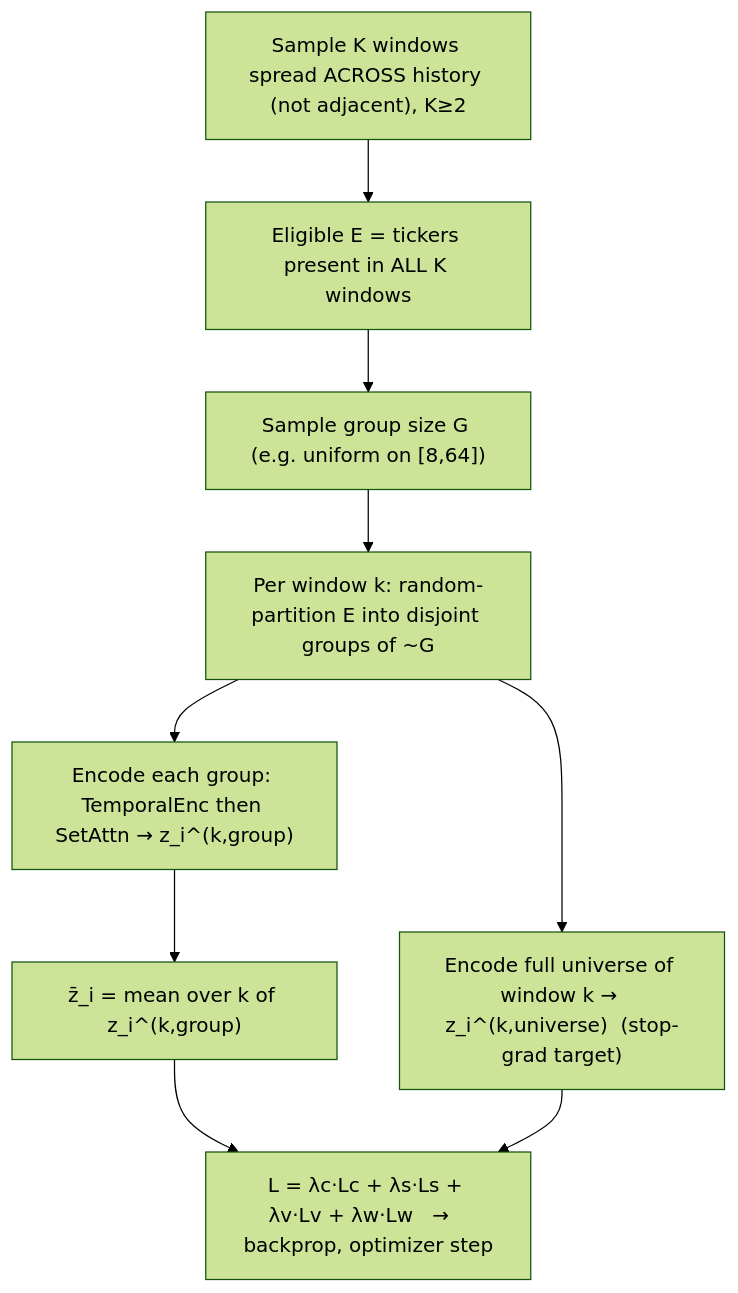
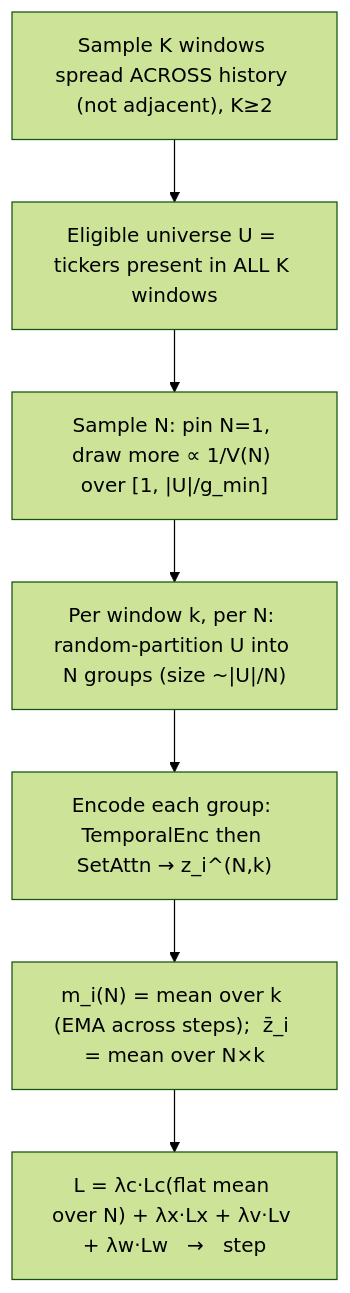
One commit to hpnyaggerman/stonks changed the second of 2 diagrams in stock_identity.md. Above: the diagram before and after it, drawn with Mermaid (forest theme). The commit also changed other lines of this file, not shown here.

````diff
--- a/stock_identity.md
+++ b/stock_identity.md
@@ -126,13 +129,11 @@
 ```mermaid
 flowchart TD
   S["Sample K windows spread ACROSS history (not adjacent), K≥2"]
-  E["Eligible E = tickers present in ALL K windows"]
-  GS["Sample group size G (e.g. uniform on [8,64])"]
-  P["Per window k: random-partition E into disjoint groups of ~G"]
-  GE["Encode each group: TemporalEnc then SetAttn → z_i^(k,group)"]
-  UE["Encode full universe of window k → z_i^(k,universe)  (stop-grad target)"]
-  AGG["z̄_i = mean over k of z_i^(k,group)"]
-  L["L = λc·Lc + λs·Ls + λv·Lv + λw·Lw   →   backprop, optimizer step"]
-  S --> E --> GS --> P --> GE --> AGG --> L
-  P --> UE --> L
+  E["Eligible universe U = tickers present in ALL K windows"]
+  NS["Sample N: pin N=1, draw more ∝ 1/V(N) over [1, |U|/g_min]"]
+  P["Per window k, per N: random-partition U into N groups (size ~|U|/N)"]
+  GE["Encode each group: TemporalEnc then SetAttn → z_i^(N,k)"]
+  AGG["m_i(N) = mean over k (EMA across steps);  z̄_i = mean over N×k"]
+  L["L = λc·Lc(flat mean over N) + λx·Lx + λv·Lv + λw·Lw   →   step"]
+  S --> E --> NS --> P --> GE --> AGG --> L
 ```
````
